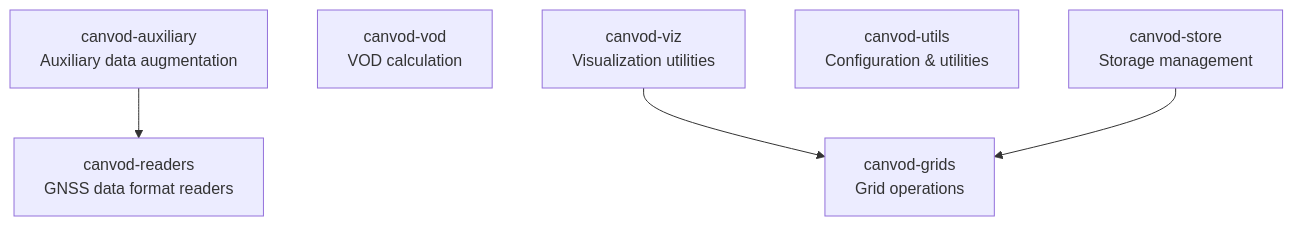
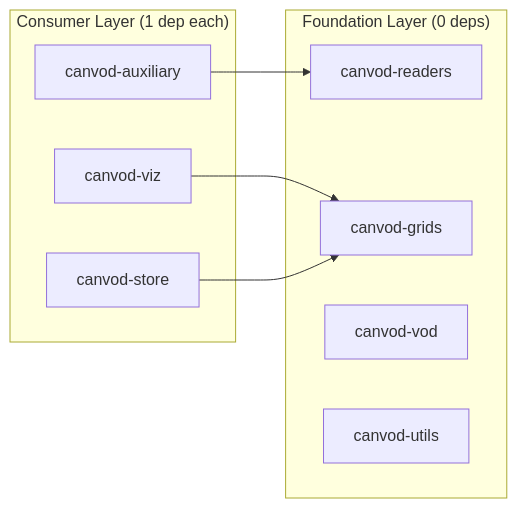
One commit to mfkiwl/canvodpy changed the diagram in docs/dependencies.md. Above: the diagram before and after it, drawn with Mermaid. The commit also changed other lines of this file and 38 other files, not shown here.

````diff
--- a/docs/dependencies.md
+++ b/docs/dependencies.md
@@ -7,14 +9,19 @@
 ```mermaid
-graph TD
-    canvod_readers["canvod-readers<br/>GNSS data format readers"]
-    canvod_aux["canvod-auxiliary<br/>Auxiliary data augmentation"]
-    canvod_vod["canvod-vod<br/>VOD calculation"]
-    canvod_viz["canvod-viz<br/>Visualization utilities"]
-    canvod_utils["canvod-utils<br/>Configuration & utilities"]
-    canvod_grids["canvod-grids<br/>Grid operations"]
-    canvod_store["canvod-store<br/>Storage management"]
+graph LR
+    subgraph FOUNDATION["Foundation Layer (0 deps)"]
+        READERS["canvod-readers"]
+        GRIDS["canvod-grids"]
+        VOD["canvod-vod"]
+        UTILS["canvod-utils"]
+    end
 
-    canvod_aux --> canvod_readers
-    canvod_viz --> canvod_grids
-    canvod_store --> canvod_grids
+    subgraph CONSUMERS["Consumer Layer (1 dep each)"]
+        AUX["canvod-auxiliary"]
+        VIZ["canvod-viz"]
+        STORE["canvod-store"]
+    end
+
+    AUX   --> READERS
+    VIZ   --> GRIDS
+    STORE --> GRIDS
 ```
````
